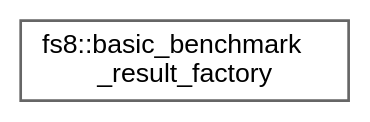
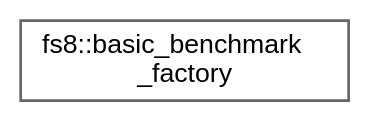
Before and after one commit to the-moisrex/foresight: the diagram in api/inherit_graph_15.dot, drawn with Graphviz. The commit also changed 268 other files, not shown here.

```diff
--- a/api/inherit_graph_15.dot
+++ b/api/inherit_graph_15.dot
@@ -1,9 +1,9 @@
 digraph "Graphical Class Hierarchy"
 {
  // LATEX_PDF_SIZE
   bgcolor="transparent";
   edge [fontname=Helvetica,fontsize=10,labelfontname=Helvetica,labelfontsize=10];
   node [fontname=Helvetica,fontsize=10,shape=box,height=0.2,width=0.4];
   rankdir="LR";
-  Node0 [id="Node000000",label="fs8::basic_benchmark\l_result_factory",height=0.2,width=0.4,color="grey40", fillcolor="white", style="filled",URL="$structfs8_1_1basic__benchmark__result__factory.html",tooltip=" "];
+  Node0 [id="Node000000",label="fs8::basic_benchmark\l_factory",height=0.2,width=0.4,color="grey40", fillcolor="white", style="filled",URL="$structfs8_1_1basic__benchmark__factory.html",tooltip=" "];
 }
```
